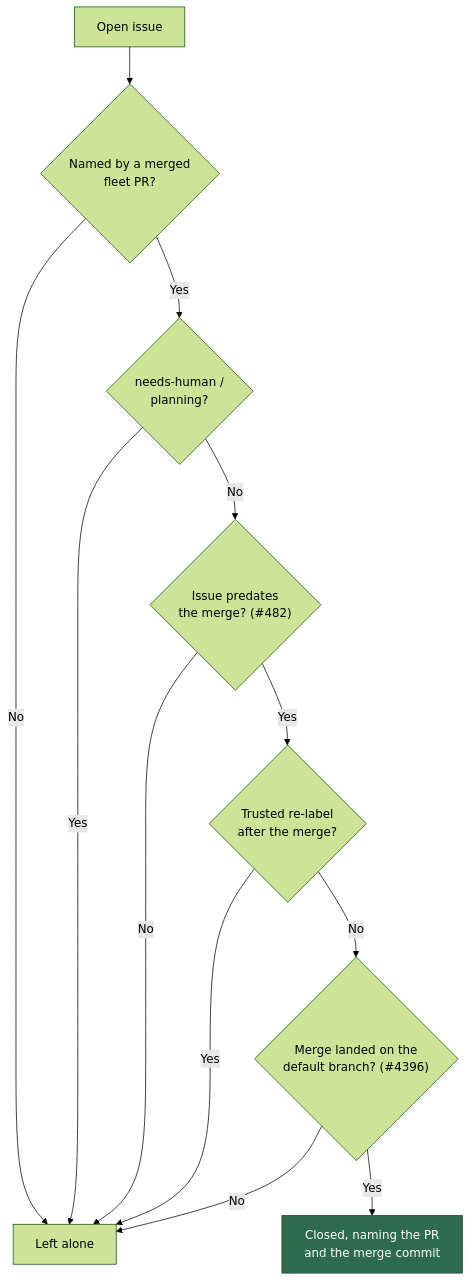
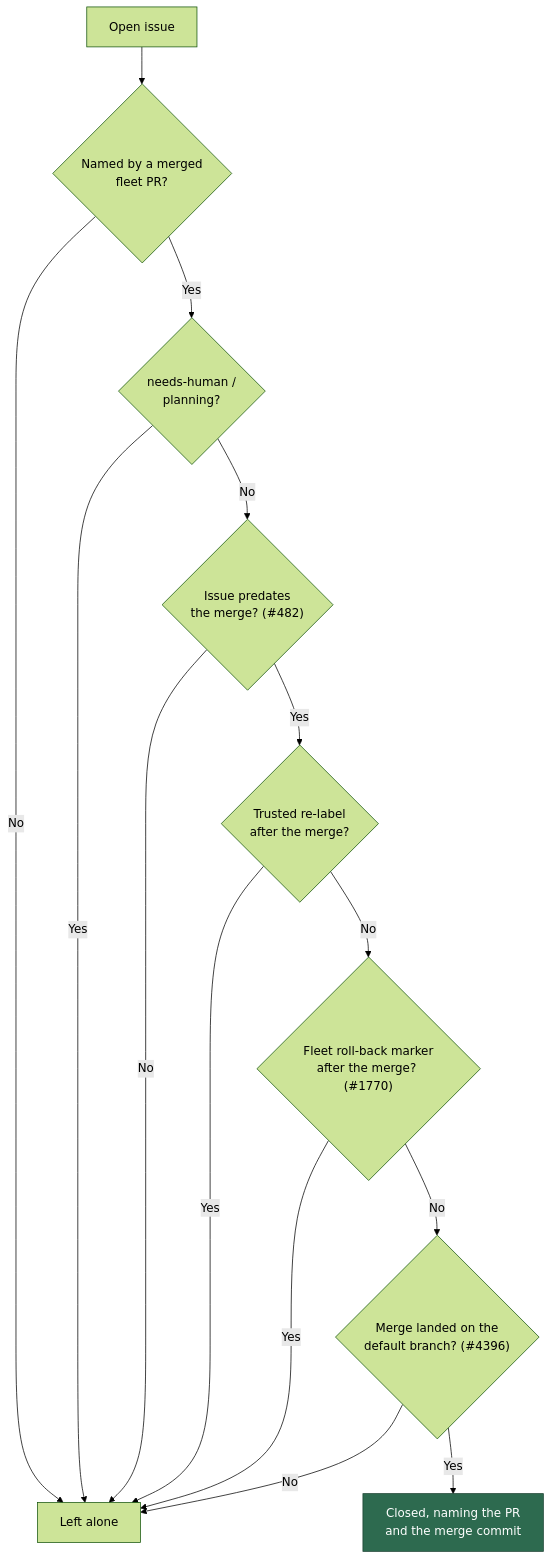
The second of 30 diagrams in docs/INTERNALS.md (stSoftwareAU/VibeCoder), drawn with Mermaid (forest theme) before and after one commit. The commit also changed other lines of this file and 10 other files, not shown here.

First line of the commit message:
Honour a milestone roll-back marker in both merged-PR closers (Issue #1770)

````diff
--- a/docs/INTERNALS.md
+++ b/docs/INTERNALS.md
@@ -349,15 +363,17 @@
 ```mermaid
 flowchart TD
     A["Open issue"] --> B{"Named by a merged<br/>fleet PR?"}
     B -->|No| Z["Left alone"]
     B -->|Yes| C{"needs-human /<br/>planning?"}
     C -->|Yes| Z
     C -->|No| D{"Issue predates<br/>the merge? (#482)"}
     D -->|No| Z
     D -->|Yes| E{"Trusted re-label<br/>after the merge?"}
     E -->|Yes| Z
-    E -->|No| F{"Merge landed on the<br/>default branch? (#4396)"}
+    E -->|No| R{"Fleet roll-back marker<br/>after the merge? (#1770)"}
+    R -->|Yes| Z
+    R -->|No| F{"Merge landed on the<br/>default branch? (#4396)"}
     F -->|No| Z
     F -->|Yes| G["Closed, naming the PR<br/>and the merge commit"]
     style G fill:#2d6a4f,stroke:#1b4332,color:#fff
 ```
````
